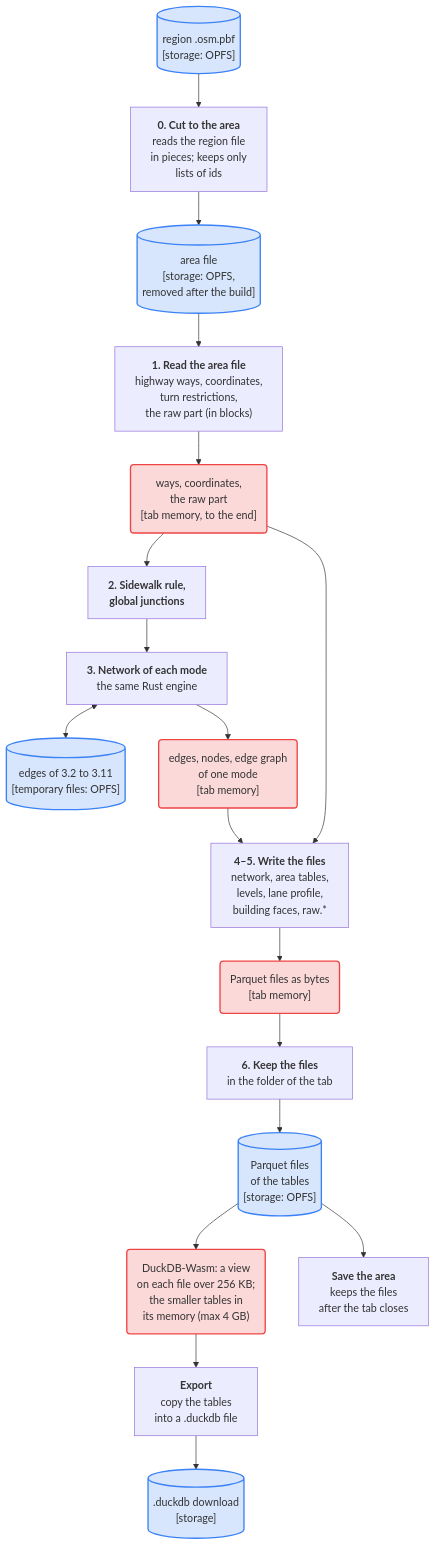
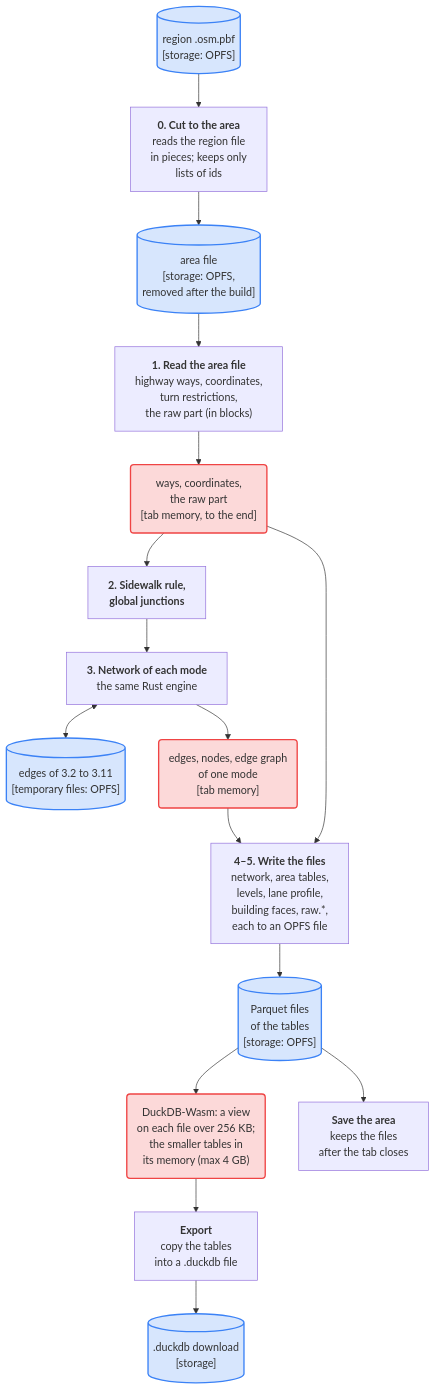
The second of 3 diagrams in docs/concepts/offline-online.md (Khoshkhah/duckOSM), drawn with Mermaid before and after one commit. The commit also changed other lines of this file, not shown here.

First line of the commit message:
Docs: online, the result files go straight to OPFS (Studio PR 151)

````diff
--- a/docs/concepts/offline-online.md
+++ b/docs/concepts/offline-online.md
@@ -70,36 +70,34 @@
 ```mermaid
 flowchart TB
     REG[("region .osm.pbf<br/>[storage: OPFS]")]
 
     S0["<b>0. Cut to the area</b><br/>reads the region file<br/>in pieces; keeps only<br/>lists of ids"]
     A[("area file<br/>[storage: OPFS,<br/>removed after the build]")]
     S1["<b>1. Read the area file</b><br/>highway ways, coordinates,<br/>turn restrictions,<br/>the raw part (in blocks)"]
     M1("ways, coordinates,<br/>the raw part<br/>[tab memory, to the end]")
     S2["<b>2. Sidewalk rule,</b><br/><b>global junctions</b>"]
     S3["<b>3. Network of each mode</b><br/>the same Rust engine"]
     T[("edges of 3.2 to 3.11<br/>[temporary files: OPFS]")]
     M3("edges, nodes, edge graph<br/>of one mode<br/>[tab memory]")
-    S4["<b>4–5. Write the files</b><br/>network, area tables,<br/>levels, lane profile,<br/>building faces, raw.*"]
-    M4("Parquet files as bytes<br/>[tab memory]")
-    S6["<b>6. Keep the files</b><br/>in the folder of the tab"]
+    S4["<b>4–5. Write the files</b><br/>network, area tables,<br/>levels, lane profile,<br/>building faces, raw.*,<br/>each to an OPFS file"]
     O[("Parquet files<br/>of the tables<br/>[storage: OPFS]")]
     M6("DuckDB-Wasm: a view<br/>on each file over 256 KB;<br/>the smaller tables in<br/>its memory (max 4 GB)")
     SAVE["<b>Save the area</b><br/>keeps the files<br/>after the tab closes"]
     EXP["<b>Export</b><br/>copy the tables<br/>into a .duckdb file"]
     DL[(".duckdb download<br/>[storage]")]
 
     REG --> S0 --> A --> S1 --> M1
     M1 --> S2 --> S3
     S3 <--> T
     S3 --> M3 --> S4
     M1 --> S4
-    S4 --> M4 --> S6 --> O
+    S4 --> O
     O --> M6
     O --> SAVE
     M6 --> EXP --> DL
 
     classDef disk fill:#3b82f633,stroke:#3b82f6,stroke-width:2px
     classDef mem fill:#ef444433,stroke:#ef4444,stroke-width:2px
     class REG,A,T,O,DL disk
-    class M1,M3,M4,M6 mem
+    class M1,M3,M6 mem
 ```
````
